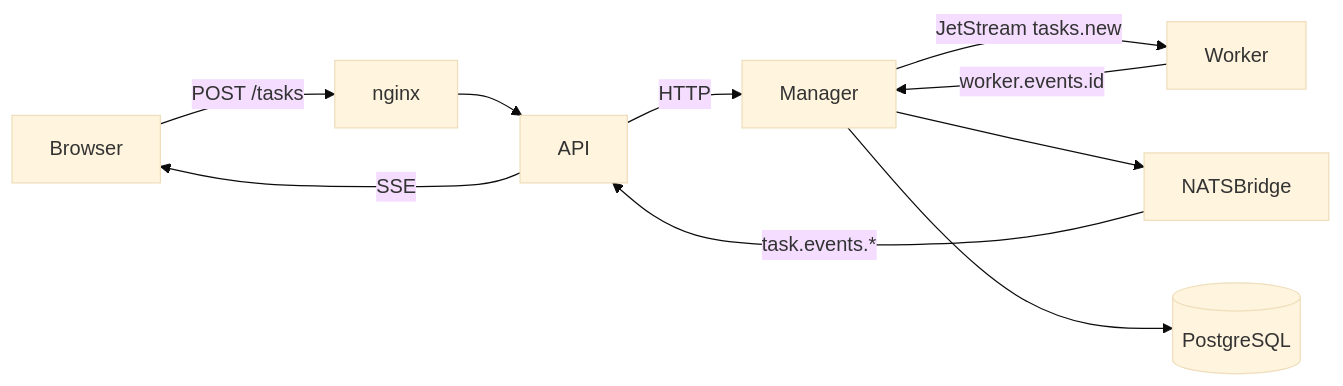
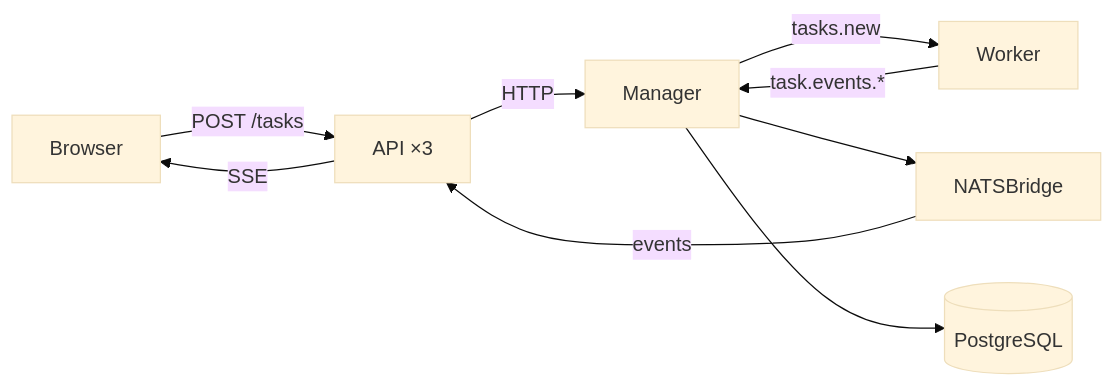
Before and after one commit to deyarchit/work-distribution-patterns: the fifth of 6 diagrams in docs/CODEMAPS/architecture.md, drawn with Mermaid (base theme). The commit also changed other lines of this file and 4 other files, not shown here.

````diff
--- a/docs/CODEMAPS/architecture.md
+++ b/docs/CODEMAPS/architecture.md
@@ -117,12 +98,11 @@
 ```mermaid
 flowchart LR
-    Browser -->|POST /tasks| nginx
-    nginx --> API
+    Browser -->|POST /tasks| API[API ×3]
     API -->|HTTP| Manager
-    Manager -->|JetStream tasks.new| Worker
-    Worker -->|worker.events.id| Manager
+    Manager -->|tasks.new| Worker
+    Worker -->|task.events.*| Manager
     Manager --> NB[NATSBridge]
-    NB -->|task.events.*| API
+    NB -->|events| API
     API -->|SSE| Browser
     Manager --> PG[(PostgreSQL)]
 ```
````
